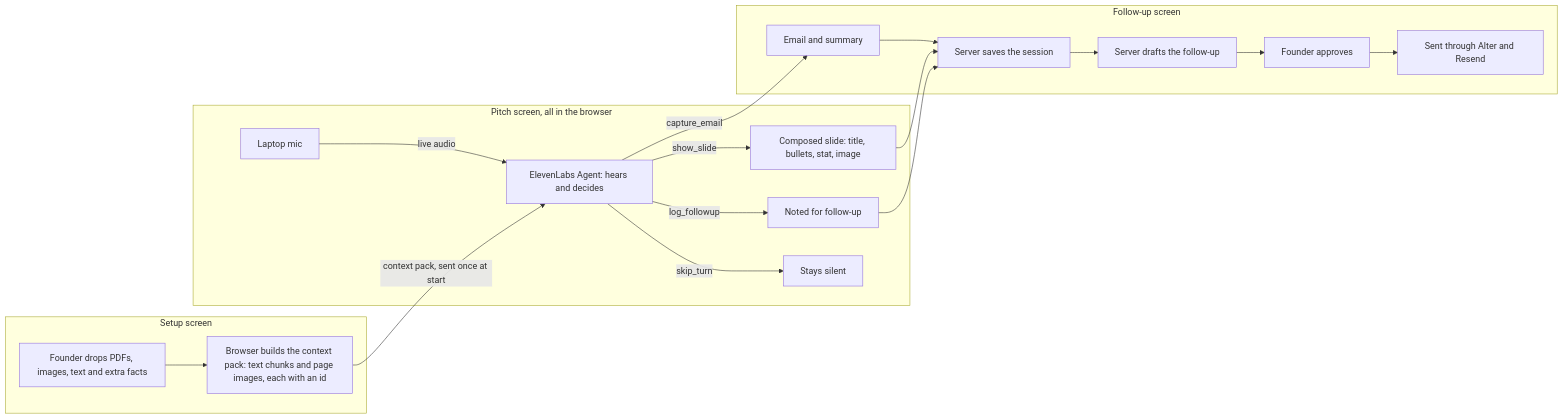
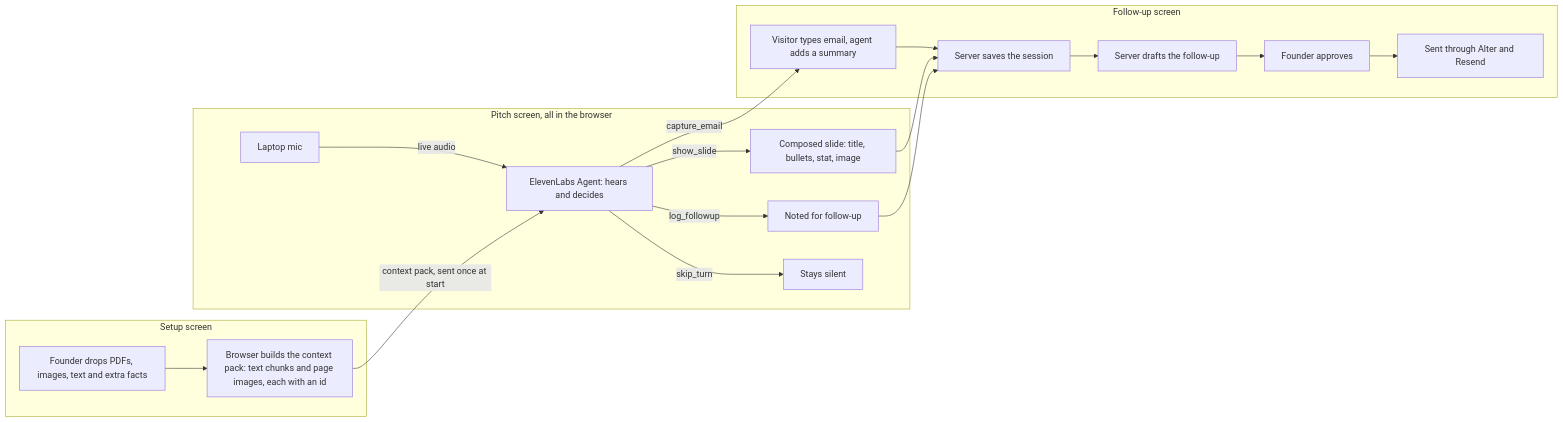
The first of 5 diagrams in WORKFLOW.md (YuqiLB/evee), drawn with Mermaid before and after one commit. The commit also changed other lines of this file and 5 other files, not shown here.

First line of the commit message:
Make evee silent: no spoken email request, visitor types it

````diff
--- a/WORKFLOW.md
+++ b/WORKFLOW.md
@@ -7,24 +7,24 @@
 ```mermaid
 flowchart LR
   subgraph Before["Setup screen"]
     U["Founder drops PDFs, images, text and extra facts"] --> P["Browser builds the context pack: text chunks and page images, each with an id"]
   end
   subgraph Live["Pitch screen, all in the browser"]
     M["Laptop mic"] -->|live audio| A["ElevenLabs Agent: hears and decides"]
     A -->|show_slide| S["Composed slide: title, bullets, stat, image"]
     A -->|log_followup| N["Noted for follow-up"]
     A -->|skip_turn| Q["Stays silent"]
   end
   subgraph After["Follow-up screen"]
-    E["Email and summary"]
+    E["Visitor types email, agent adds a summary"]
     SV["Server saves the session"]
     D["Server drafts the follow-up"]
     AP["Founder approves"]
     SEND["Sent through Alter and Resend"]
     E --> SV --> D --> AP --> SEND
   end
   P -->|context pack, sent once at start| A
   A -->|capture_email| E
   S --> SV
   N --> SV
 ```
````
